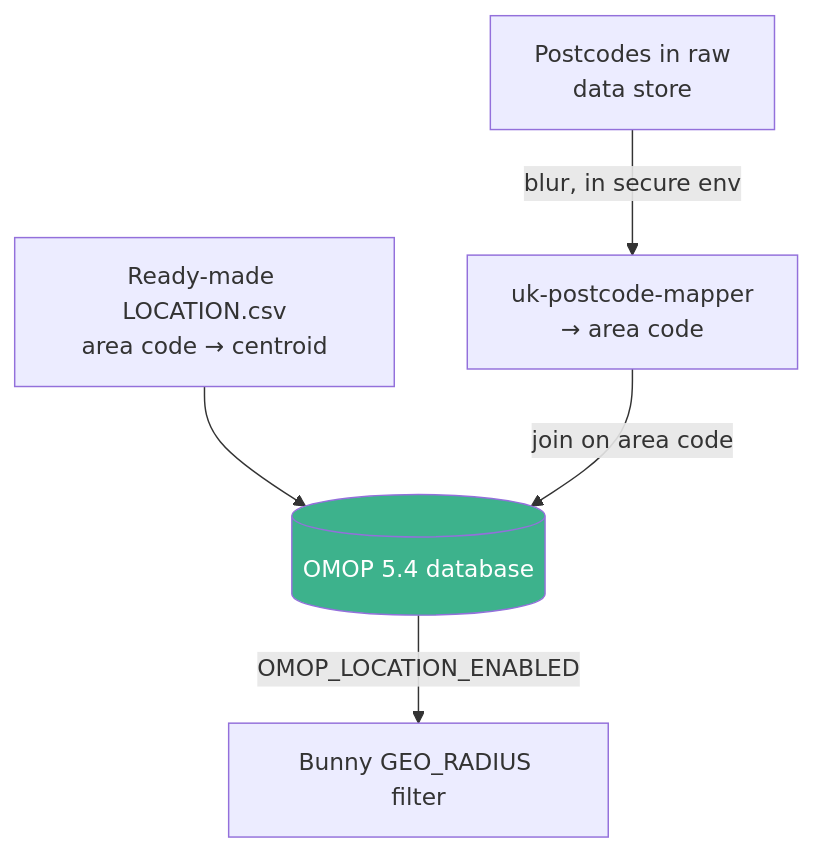
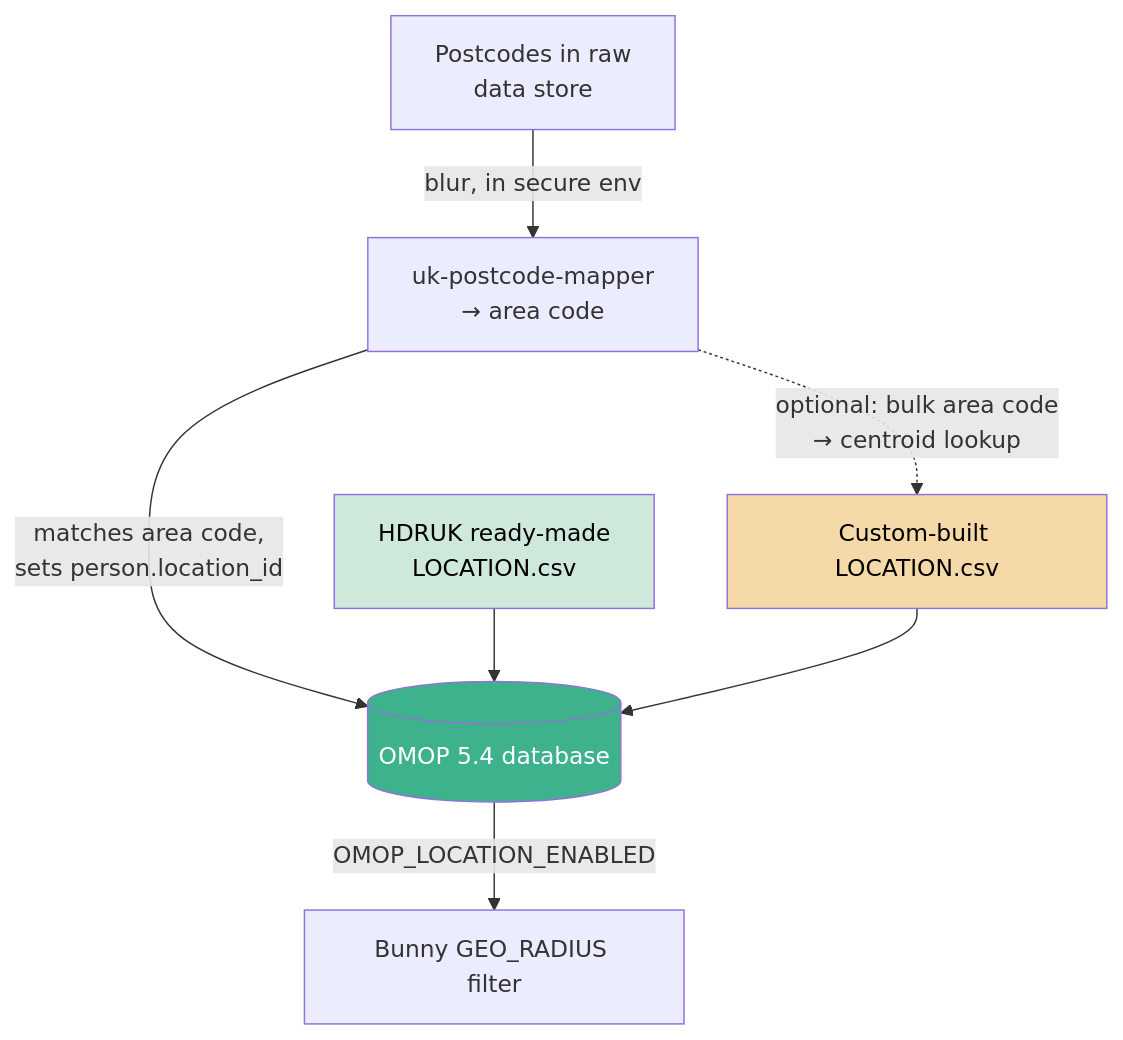
One commit to HDRUK/cohort-discovery-service-docs changed the diagram in docs/omop/location.md. Above: the diagram before and after it, drawn with Mermaid. The commit also changed other lines of this file, not shown here.

````diff
--- a/docs/omop/location.md
+++ b/docs/omop/location.md
@@ -180,9 +235,13 @@
 ```mermaid
 graph TD
     P[Postcodes in raw<br/>data store] -->|blur, in secure env| M[uk-postcode-mapper<br/>→ area code]
-    L[Ready-made LOCATION.csv<br/>area code → centroid] --> DB[(OMOP 5.4 database)]
-    M -->|join on area code| DB
+    M -->|matches area code,<br/>sets person.location_id| DB[(OMOP 5.4 database)]
+    M -.->|optional: bulk area code<br/>→ centroid lookup| CUSTOM[Custom-built LOCATION.csv]
+    HDRUK[HDRUK ready-made<br/>LOCATION.csv] --> DB
+    CUSTOM --> DB
     DB -->|OMOP_LOCATION_ENABLED| BUNNY[Bunny GEO_RADIUS filter]
 
     style DB fill:#3db28c,color:#fff
+    style HDRUK fill:#cfe8dc,color:#000
+    style CUSTOM fill:#f5d9a8,color:#000
 ```
````
